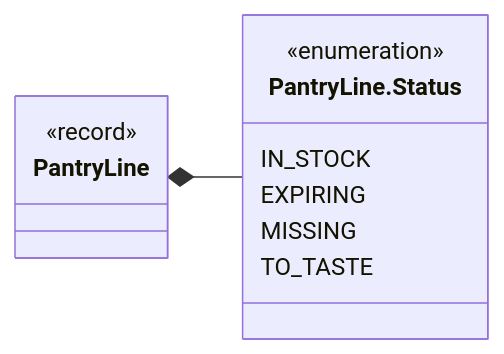
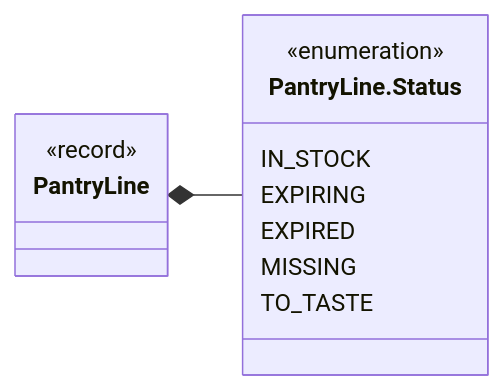
The fourth of 13 diagrams in docs/classes/suggestions.md (Nate-ryan-7690/dahaem), drawn with Mermaid before and after one commit. The commit also changed other lines of this file and 16 other files, not shown here.

````diff
--- a/docs/classes/suggestions.md
+++ b/docs/classes/suggestions.md
@@ -192,15 +196,16 @@
 ```mermaid
 classDiagram
     direction LR
     class suggestions_PantryLine_Status["PantryLine.Status"] {
         <<enumeration>>
         IN_STOCK
         EXPIRING
+        EXPIRED
         MISSING
         TO_TASTE
     }
     class suggestions_PantryLine["PantryLine"] {
         <<record>>
     }
     suggestions_PantryLine *-- suggestions_PantryLine_Status
 ```
````
